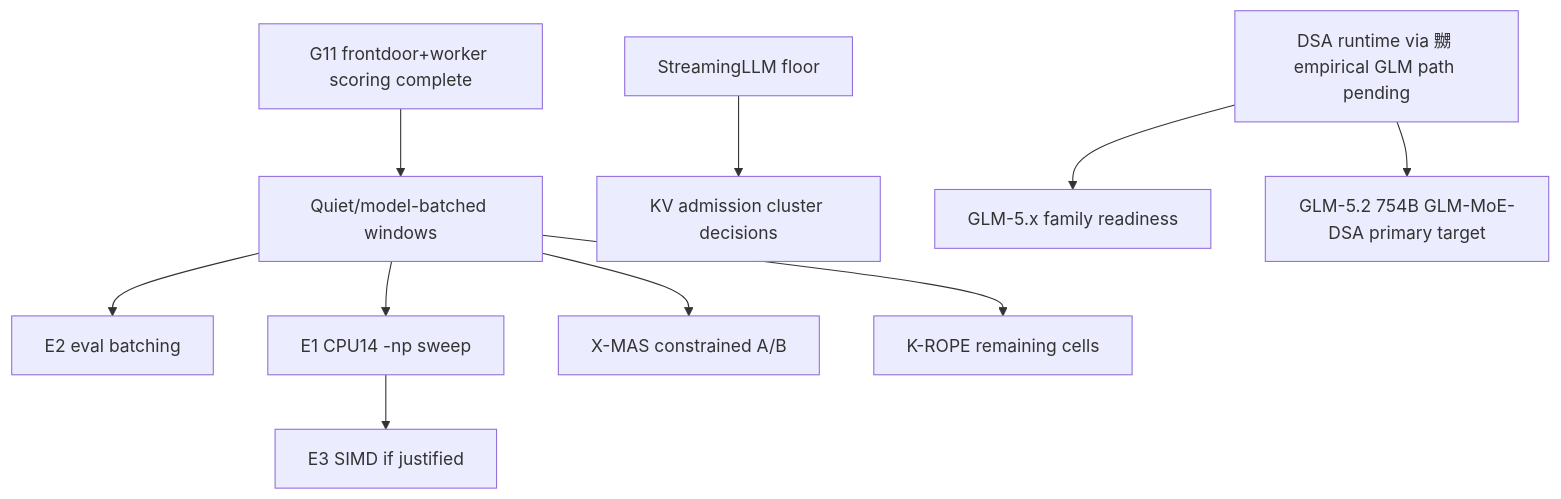
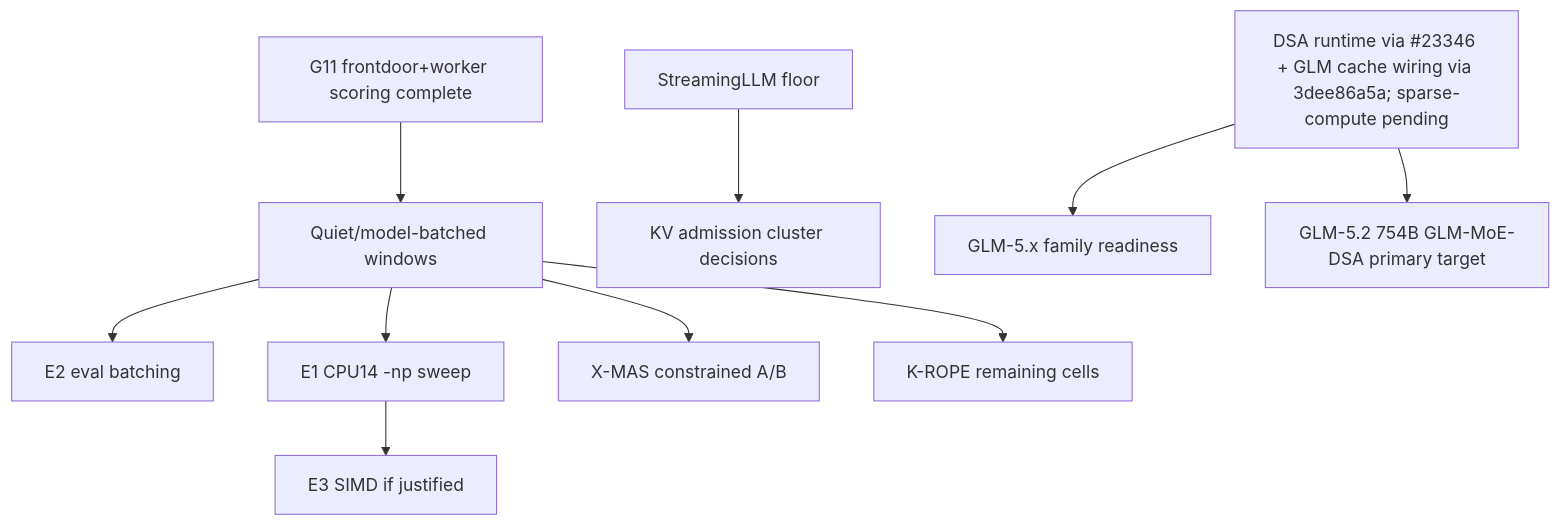
Before and after one commit to pestopoppa/epyc-root: the diagram in handoffs/active/inference-acceleration-index.md, drawn with Mermaid. The commit also changed other lines of this file and 6 other files, not shown here.

Commit message:
Record GLM DSA cache runtime closeout

````diff
--- a/handoffs/active/inference-acceleration-index.md
+++ b/handoffs/active/inference-acceleration-index.md
@@ -76,12 +76,12 @@
 ```mermaid
 flowchart TD
     G11[G11 frontdoor+worker scoring complete] --> Quiet[Quiet/model-batched windows]
     Quiet --> E2[E2 eval batching]
     Quiet --> E1[E1 CPU14 -np sweep]
     E1 --> E3[E3 SIMD if justified]
     Quiet --> Xmas[X-MAS constrained A/B]
     Quiet --> KROPE[K-ROPE remaining cells]
     Streaming[StreamingLLM floor] --> KVCluster[KV admission cluster decisions]
-    DSAfwd[DSA runtime via #23346; empirical GLM path pending] --> GLM[GLM-5.x family readiness]
+    DSAfwd[DSA runtime via #23346 + GLM cache wiring via 3dee86a5a; sparse-compute pending] --> GLM[GLM-5.x family readiness]
     DSAfwd --> GLM52[GLM-5.2 754B GLM-MoE-DSA primary target]
 ```
````
